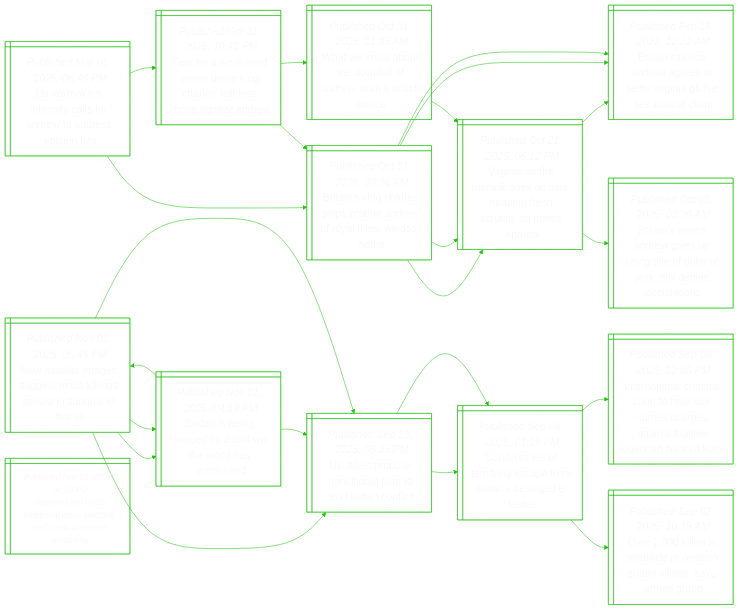
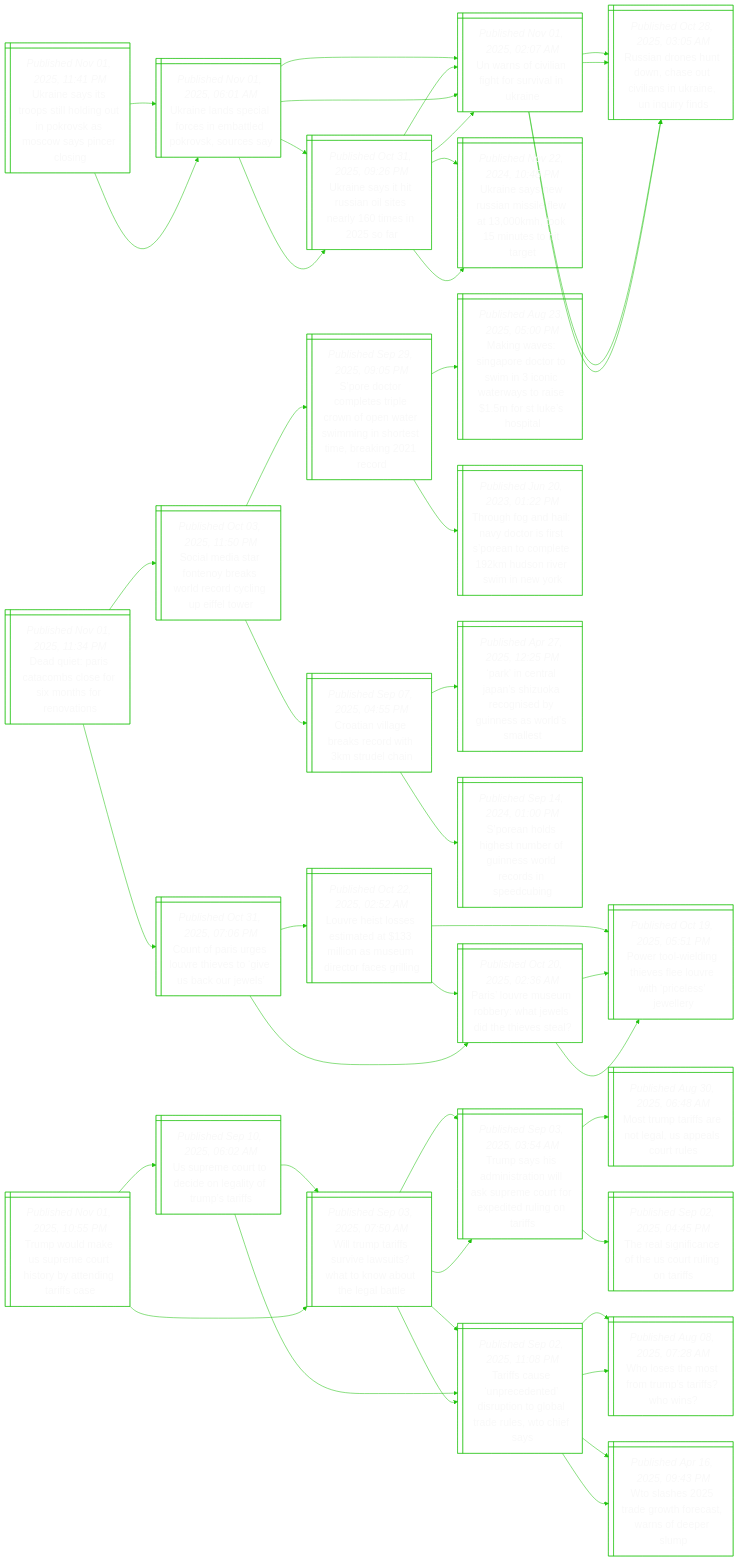
The diagram in README.md (notJmes/notJmes), drawn with Mermaid before and after one commit. The commit also changed other lines of this file, not shown here.

````diff
--- a/README.md
+++ b/README.md
@@ -16,79 +16,142 @@
 flowchart LR
 classDef txtsize font-size:20px;
 
-Umsncfdoest@{ shape: win-pane, label: "_Published Nov 01, 2025, 06:46 PM_
-Us lawmakers intensify calls for andrew to address epstein ties" }
-Binrtberrtssm@{ shape: win-pane, label: "_Published Oct 31, 2025, 03:36 AM_
-Britain’s king charles strips brother andrew of royal titles, windsor home" }
-Vnumroeieryin@{ shape: win-pane, label: "_Published Oct 21, 2025, 06:12 PM_
-Virginia giuffre memoir goes on sale, heaping fresh scrutiny on prince andrew" }
-Biinastiifeal@{ shape: win-pane, label: "_Published Feb 16, 2022, 12:22 AM_
-Britain's prince andrew agrees to settle virginia giuffre sex assault claim" }
-BiingunluYteaas@{ shape: win-pane, label: "_Published Oct 18, 2025, 03:26 AM_
-Britain’s prince andrew gives up using title of duke of york, still denies accusations" }
-Biinastiifeal@{ shape: win-pane, label: "_Published Feb 16, 2022, 12:22 AM_
-Britain's prince andrew agrees to settle virginia giuffre sex assault claim" }
-FoadneCehmgte@{ shape: win-pane, label: "_Published Oct 31, 2025, 10:46 PM_
-Fear for a weakened crown drove king charles’ ruthless move against andrew" }
-Binrtberrtssm@{ shape: win-pane, label: "_Published Oct 31, 2025, 03:36 AM_
-Britain’s king charles strips brother andrew of royal titles, windsor home" }
-Vnumroeieryin@{ shape: win-pane, label: "_Published Oct 21, 2025, 06:12 PM_
-Virginia giuffre memoir goes on sale, heaping fresh scrutiny on prince andrew" }
-Biinastiifeal@{ shape: win-pane, label: "_Published Feb 16, 2022, 12:22 AM_
-Britain's prince andrew agrees to settle virginia giuffre sex assault claim" }
-Weatwldorhc@{ shape: win-pane, label: "_Published Oct 31, 2025, 11:05 AM_
-What we know about the downfall of andrew, born a british prince" }
-Vnumroeieryin@{ shape: win-pane, label: "_Published Oct 21, 2025, 06:12 PM_
-Virginia giuffre memoir goes on sale, heaping fresh scrutiny on prince andrew" }
+Unsrshniracyco@{ shape: win-pane, label: "_Published Nov 01, 2025, 11:41 PM_
+Ukraine says its troops still holding out in pokrovsk as moscow says pincer closing" }
+Undcoiadoos@{ shape: win-pane, label: "_Published Nov 01, 2025, 06:01 AM_
+Ukraine lands special forces in embattled pokrovsk, sources say" }
+UniahsvUn@{ shape: win-pane, label: "_Published Nov 01, 2025, 02:07 AM_
+Un warns of civilian fight for survival in ukraine" }
+RannneiaUnnys@{ shape: win-pane, label: "_Published Oct 28, 2025, 03:05 AM_
+Russian drones hunt down, chase out civilians in ukraine, un inquiry finds" }
+RannneiaUnnys@{ shape: win-pane, label: "_Published Oct 28, 2025, 03:05 AM_
+Russian drones hunt down, chase out civilians in ukraine, un inquiry finds" }
+Unstilsleo@{ shape: win-pane, label: "_Published Oct 31, 2025, 09:26 PM_
+Ukraine says it hit russian oil sites nearly 160 times in 2025 so far" }
+Unsuniemkthr@{ shape: win-pane, label: "_Published Nov 22, 2024, 10:48 PM_
+Ukraine says new russian missile flew at 13,000kmh, took 15 minutes to hit target" }
+UniahsvUn@{ shape: win-pane, label: "_Published Nov 01, 2025, 02:07 AM_
+Un warns of civilian fight for survival in ukraine" }
+Undcoiadoos@{ shape: win-pane, label: "_Published Nov 01, 2025, 06:01 AM_
+Ukraine lands special forces in embattled pokrovsk, sources say" }
+UniahsvUn@{ shape: win-pane, label: "_Published Nov 01, 2025, 02:07 AM_
+Un warns of civilian fight for survival in ukraine" }
+RannneiaUnnys@{ shape: win-pane, label: "_Published Oct 28, 2025, 03:05 AM_
+Russian drones hunt down, chase out civilians in ukraine, un inquiry finds" }
+RannneiaUnnys@{ shape: win-pane, label: "_Published Oct 28, 2025, 03:05 AM_
+Russian drones hunt down, chase out civilians in ukraine, un inquiry finds" }
+Unstilsleo@{ shape: win-pane, label: "_Published Oct 31, 2025, 09:26 PM_
+Ukraine says it hit russian oil sites nearly 160 times in 2025 so far" }
+Unsuniemkthr@{ shape: win-pane, label: "_Published Nov 22, 2024, 10:48 PM_
+Ukraine says new russian missile flew at 13,000kmh, took 15 minutes to hit target" }
+UniahsvUn@{ shape: win-pane, label: "_Published Nov 01, 2025, 02:07 AM_
+Un warns of civilian fight for survival in ukraine" }
 
-Umsncfdoest:::txtsize --> Binrtberrtssm:::txtsize
-Binrtberrtssm:::txtsize --> Vnumroeieryin:::txtsize
-Vnumroeieryin:::txtsize --> Biinastiifeal:::txtsize
-Vnumroeieryin:::txtsize --> BiingunluYteaas:::txtsize
-Binrtberrtssm:::txtsize --> Biinastiifeal:::txtsize
-Umsncfdoest:::txtsize --> FoadneCehmgte:::txtsize
-FoadneCehmgte:::txtsize --> Binrtberrtssm:::txtsize
-Binrtberrtssm:::txtsize --> Vnumroeieryin:::txtsize
-Binrtberrtssm:::txtsize --> Biinastiifeal:::txtsize
-FoadneCehmgte:::txtsize --> Weatwldorhc:::txtsize
-Weatwldorhc:::txtsize --> Vnumroeieryin:::txtsize
+Unsrshniracyco:::txtsize --> Undcoiadoos:::txtsize
+Undcoiadoos:::txtsize --> UniahsvUn:::txtsize
+UniahsvUn:::txtsize --> RannneiaUnnys:::txtsize
+UniahsvUn:::txtsize --> RannneiaUnnys:::txtsize
+Undcoiadoos:::txtsize --> Unstilsleo:::txtsize
+Unstilsleo:::txtsize --> Unsuniemkthr:::txtsize
+Unstilsleo:::txtsize --> UniahsvUn:::txtsize
+Unsrshniracyco:::txtsize --> Undcoiadoos:::txtsize
+Undcoiadoos:::txtsize --> UniahsvUn:::txtsize
+UniahsvUn:::txtsize --> RannneiaUnnys:::txtsize
+UniahsvUn:::txtsize --> RannneiaUnnys:::txtsize
+Undcoiadoos:::txtsize --> Unstilsleo:::txtsize
+Unstilsleo:::txtsize --> Unsuniemkthr:::txtsize
+Unstilsleo:::txtsize --> UniahsvUn:::txtsize
 
-Nttggmigsnna@{ shape: win-pane, label: "_Published Nov 01, 2025, 05:45 PM_
-New satellite images suggest mass killings persist in sudan’s el-fasher" }
-Sinayitrsld@{ shape: win-pane, label: "_Published Nov 01, 2025, 04:19 PM_
-Sudan is being ravaged by a civil war the world has overlooked" }
-Nttggmigsnna@{ shape: win-pane, label: "_Published Nov 01, 2025, 05:45 PM_
-New satellite images suggest mass killings persist in sudan’s el-fasher" }
-Sinayitrsld@{ shape: win-pane, label: "_Published Nov 01, 2025, 04:19 PM_
-Sudan is being ravaged by a civil war the world has overlooked" }
-Uiotiandnl@{ shape: win-pane, label: "_Published Sep 13, 2025, 06:25 PM_
-Us, allies propose transitional plan to end sudan conflict" }
-Uiotiandnl@{ shape: win-pane, label: "_Published Sep 13, 2025, 06:25 PM_
-Us, allies propose transitional plan to end sudan conflict" }
-SvetfeeSsele@{ shape: win-pane, label: "_Published Sep 08, 2025, 01:19 PM_
-Survivors tell of terrifying escape from sudan’s besieged el-fasher" }
-Uiotiandnl@{ shape: win-pane, label: "_Published Sep 13, 2025, 06:25 PM_
-Us, allies propose transitional plan to end sudan conflict" }
-SvetfeeSsele@{ shape: win-pane, label: "_Published Sep 08, 2025, 01:19 PM_
-Survivors tell of terrifying escape from sudan’s besieged el-fasher" }
-Inniltacsgafiawry@{ shape: win-pane, label: "_Published Sep 08, 2025, 12:05 PM_
-International criminal court to hear war crimes charges against fugitive ugandan warlord kony" }
-OiidesSvgsdp@{ shape: win-pane, label: "_Published Sep 02, 2025, 10:18 AM_
-Over 1,000 killed in landslide in western sudan village, says armed group" }
+Duaamorofni@{ shape: win-pane, label: "_Published Nov 01, 2025, 11:34 PM_
+Dead quiet: paris catacombs close for six months for renovations" }
+SlaFneoecniT@{ shape: win-pane, label: "_Published Oct 03, 2025, 11:50 PM_
+Social media star fontenoy breaks world record cycling up eiffel tower" }
+SdrlTeneemirtrno@{ shape: win-pane, label: "_Published Sep 29, 2025, 09:05 PM_
+S’pore doctor completes triple crown of open water swimming in shortest time, breaking 2021 record" }
+MgsadricwwoeSep@{ shape: win-pane, label: "_Published Aug 23, 2025, 05:00 PM_
+Making waves: singapore doctor to swim in 3 iconic waterways to raise $1.5m for st luke’s hospital" }
+TgaiyoipnmediwNr@{ shape: win-pane, label: "_Published Jun 20, 2023, 01:22 PM_
+Through fog and hail: navy doctor is first s’porean to complete 192km hudson river swim in new york" }
+Cilbsrhrc@{ shape: win-pane, label: "_Published Sep 07, 2025, 04:55 PM_
+Croatian village breaks record with 3km strudel chain" }
+Pnrphkoeusose@{ shape: win-pane, label: "_Published Apr 27, 2025, 12:25 PM_
+‘park’ in central japan’s shizuoka recognised by guinness as world’s smallest" }
+SadhuonWRdpu@{ shape: win-pane, label: "_Published Sep 14, 2024, 01:00 PM_
+S’porean holds highest number of guinness world records in speedcubing" }
+Coievitecjs@{ shape: win-pane, label: "_Published Oct 31, 2025, 07:06 PM_
+Count of paris urges louvre thieves to ‘give us back our jewels’" }
+Leteidlaerrsl@{ shape: win-pane, label: "_Published Oct 22, 2025, 02:52 AM_
+Louvre heist losses estimated at $133 million as museum director faces grilling" }
+Ptineluiisey@{ shape: win-pane, label: "_Published Oct 19, 2025, 05:51 PM_
+Power tool-wielding thieves flee louvre with ‘priceless’ jewellery" }
+PLeubhwitea@{ shape: win-pane, label: "_Published Oct 20, 2025, 02:36 AM_
+Paris’ louvre museum robbery: what jewels did the thieves steal?" }
+PLeubhwitea@{ shape: win-pane, label: "_Published Oct 20, 2025, 02:36 AM_
+Paris’ louvre museum robbery: what jewels did the thieves steal?" }
+Ptineluiisey@{ shape: win-pane, label: "_Published Oct 19, 2025, 05:51 PM_
+Power tool-wielding thieves flee louvre with ‘priceless’ jewellery" }
+Ptineluiisey@{ shape: win-pane, label: "_Published Oct 19, 2025, 05:51 PM_
+Power tool-wielding thieves flee louvre with ‘priceless’ jewellery" }
 
-Nttggmigsnna:::txtsize --> Sinayitrsld:::txtsize
-Sinayitrsld:::txtsize --> Nttggmigsnna:::txtsize
-Nttggmigsnna:::txtsize --> Sinayitrsld:::txtsize
-Nttggmigsnna:::txtsize --> Uiotiandnl:::txtsize
-Sinayitrsld:::txtsize --> Uiotiandnl:::txtsize
-Uiotiandnl:::txtsize --> SvetfeeSsele:::txtsize
-Nttggmigsnna:::txtsize --> Uiotiandnl:::txtsize
-Uiotiandnl:::txtsize --> SvetfeeSsele:::txtsize
-SvetfeeSsele:::txtsize --> Inniltacsgafiawry:::txtsize
-SvetfeeSsele:::txtsize --> OiidesSvgsdp:::txtsize
+Duaamorofni:::txtsize --> SlaFneoecniT:::txtsize
+SlaFneoecniT:::txtsize --> SdrlTeneemirtrno:::txtsize
+SdrlTeneemirtrno:::txtsize --> MgsadricwwoeSep:::txtsize
+SdrlTeneemirtrno:::txtsize --> TgaiyoipnmediwNr:::txtsize
+SlaFneoecniT:::txtsize --> Cilbsrhrc:::txtsize
+Cilbsrhrc:::txtsize --> Pnrphkoeusose:::txtsize
+Cilbsrhrc:::txtsize --> SadhuonWRdpu:::txtsize
+Duaamorofni:::txtsize --> Coievitecjs:::txtsize
+Coievitecjs:::txtsize --> Leteidlaerrsl:::txtsize
+Leteidlaerrsl:::txtsize --> Ptineluiisey:::txtsize
+Leteidlaerrsl:::txtsize --> PLeubhwitea:::txtsize
+Coievitecjs:::txtsize --> PLeubhwitea:::txtsize
+PLeubhwitea:::txtsize --> Ptineluiisey:::txtsize
+PLeubhwitea:::txtsize --> Ptineluiisey:::txtsize
 
-Niwddnsdaanpe@{ shape: win-pane, label: "_Published Nov 01, 2025, 04:50 PM_
-Nigerian town holds traditional mass wedding each year to ensure prosperity" }
+TwmSeusbegfs@{ shape: win-pane, label: "_Published Nov 01, 2025, 10:55 PM_
+Trump would make us supreme court history by attending tariffs case" }
+Uroodetrtf@{ shape: win-pane, label: "_Published Sep 10, 2025, 06:02 AM_
+Us supreme court to decide on legality of trump’s tariffs" }
+Wrasiwstwtea@{ shape: win-pane, label: "_Published Sep 03, 2025, 07:50 AM_
+Will trump tariffs survive lawsuits? what to know about the legal battle" }
+TsiirnapCfpeitf@{ shape: win-pane, label: "_Published Sep 03, 2025, 03:54 AM_
+Trump says his administration will ask supreme court for expedited ruling on tariffs" }
+TfsredptbalOf@{ shape: win-pane, label: "_Published Sep 02, 2025, 11:08 PM_
+Tariffs cause ‘unprecedented’ disruption to global trade rules, wto chief says" }
+TfsredptbalOf@{ shape: win-pane, label: "_Published Sep 02, 2025, 11:08 PM_
+Tariffs cause ‘unprecedented’ disruption to global trade rules, wto chief says" }
+Wsefrtfw@{ shape: win-pane, label: "_Published Aug 08, 2025, 07:28 AM_
+Who loses the most from trump’s tariffs? who wins?" }
+Watghcafem@{ shape: win-pane, label: "_Published Apr 16, 2025, 09:43 PM_
+Wto slashes 2025 trade growth forecast, warns of deeper slump" }
+Wrasiwstwtea@{ shape: win-pane, label: "_Published Sep 03, 2025, 07:50 AM_
+Will trump tariffs survive lawsuits? what to know about the legal battle" }
+TsiirnapCfpeitf@{ shape: win-pane, label: "_Published Sep 03, 2025, 03:54 AM_
+Trump says his administration will ask supreme court for expedited ruling on tariffs" }
+Mrasoapsts@{ shape: win-pane, label: "_Published Aug 30, 2025, 06:48 AM_
+Most trump tariffs are not legal, us appeals court rules" }
+TanafStnas@{ shape: win-pane, label: "_Published Sep 02, 2025, 04:45 PM_
+The real significance of the us court ruling on tariffs" }
+TfsredptbalOf@{ shape: win-pane, label: "_Published Sep 02, 2025, 11:08 PM_
+Tariffs cause ‘unprecedented’ disruption to global trade rules, wto chief says" }
+Wsefrtfw@{ shape: win-pane, label: "_Published Aug 08, 2025, 07:28 AM_
+Who loses the most from trump’s tariffs? who wins?" }
+Watghcafem@{ shape: win-pane, label: "_Published Apr 16, 2025, 09:43 PM_
+Wto slashes 2025 trade growth forecast, warns of deeper slump" }
 
+TwmSeusbegfs:::txtsize --> Uroodetrtf:::txtsize
+Uroodetrtf:::txtsize --> Wrasiwstwtea:::txtsize
+Wrasiwstwtea:::txtsize --> TsiirnapCfpeitf:::txtsize
+Wrasiwstwtea:::txtsize --> TfsredptbalOf:::txtsize
+Uroodetrtf:::txtsize --> TfsredptbalOf:::txtsize
+TfsredptbalOf:::txtsize --> Wsefrtfw:::txtsize
+TfsredptbalOf:::txtsize --> Watghcafem:::txtsize
+TwmSeusbegfs:::txtsize --> Wrasiwstwtea:::txtsize
+Wrasiwstwtea:::txtsize --> TsiirnapCfpeitf:::txtsize
+TsiirnapCfpeitf:::txtsize --> Mrasoapsts:::txtsize
+TsiirnapCfpeitf:::txtsize --> TanafStnas:::txtsize
+Wrasiwstwtea:::txtsize --> TfsredptbalOf:::txtsize
+TfsredptbalOf:::txtsize --> Wsefrtfw:::txtsize
+TfsredptbalOf:::txtsize --> Watghcafem:::txtsize
 
 ```
````
